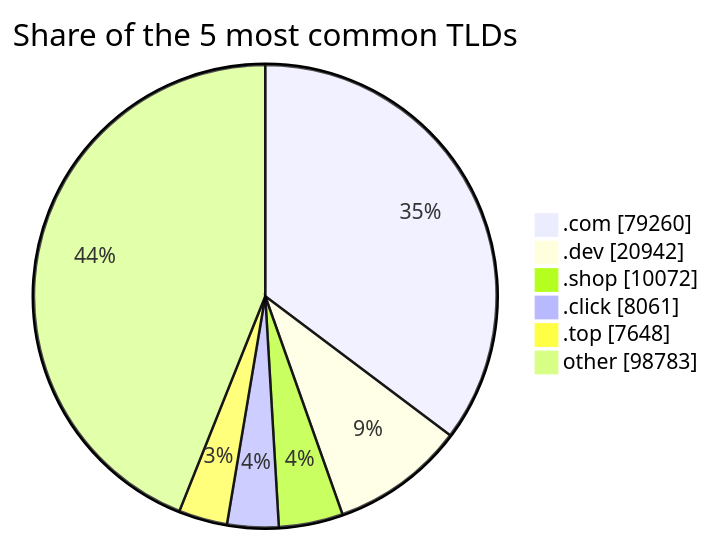
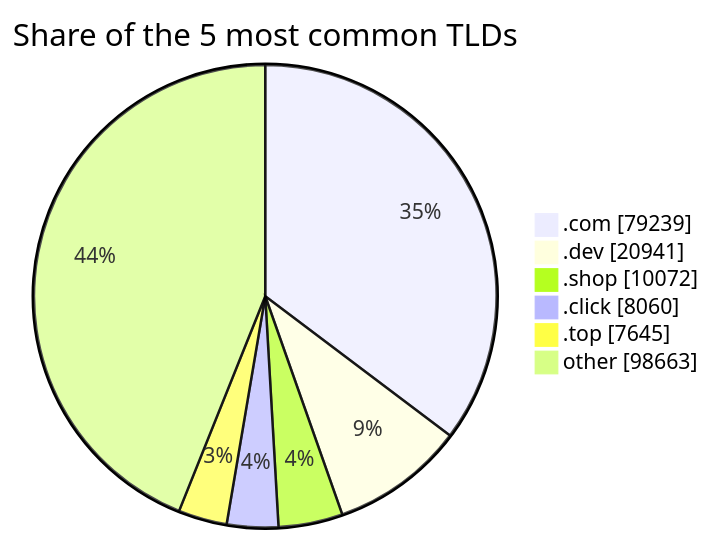
One commit to DNSBunker/CTI changed the third of 3 diagrams in README.md. Above: the diagram before and after it, drawn with Mermaid. The commit also changed other lines of this file and 3 other files, not shown here.

````diff
--- a/README.md
+++ b/README.md
@@ -81,9 +81,9 @@
 ```mermaid
 pie showData title Share of the 5 most common TLDs
-    ".com" : 79260
-    ".dev" : 20942
+    ".com" : 79239
+    ".dev" : 20941
     ".shop" : 10072
-    ".click" : 8061
-    ".top" : 7648
-    "other" : 98783
+    ".click" : 8060
+    ".top" : 7645
+    "other" : 98663
 ```
````
